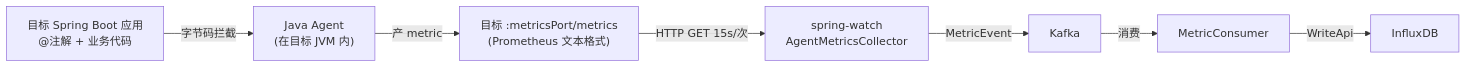
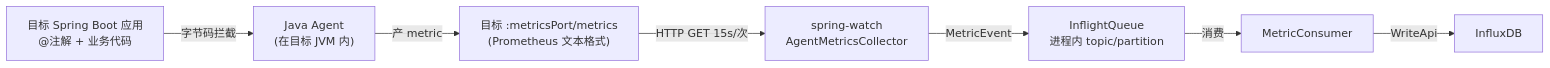
Before and after one commit to KeXingJian/spring-watch: the diagram in 白皮书.md, drawn with Mermaid. The commit also changed other lines of this file and 1 other file, not shown here.

````diff
--- a/白皮书.md
+++ b/白皮书.md
@@ -347,9 +349,9 @@
 ```mermaid
 graph LR
     A["目标 Spring Boot 应用<br/>@注解 + 业务代码"] -->|字节码拦截| B["Java Agent<br/>(在目标 JVM 内)"]
     B -->|产 metric| C["目标 :metricsPort/metrics<br/>(Prometheus 文本格式)"]
     C -->|HTTP GET 15s/次| D["spring-watch<br/>AgentMetricsCollector"]
-    D -->|MetricEvent| E[Kafka]
+    D -->|MetricEvent| E[InflightQueue<br/>进程内 topic/partition]
     E -->|消费| F["MetricConsumer"]
     F -->|WriteApi| G["InfluxDB"]
 ```
````
